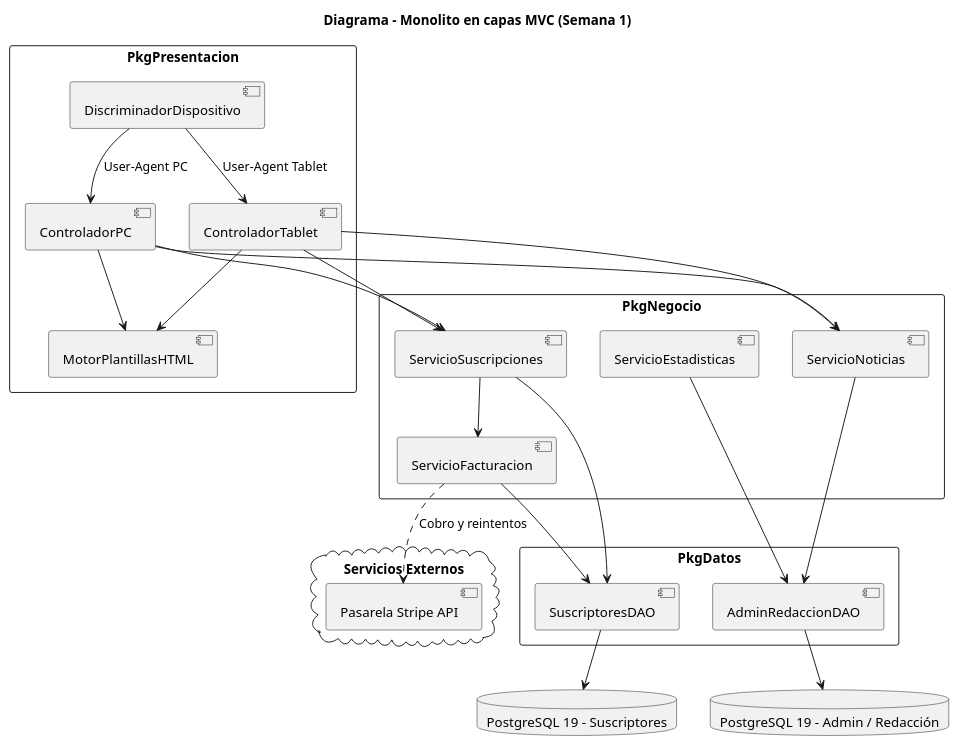
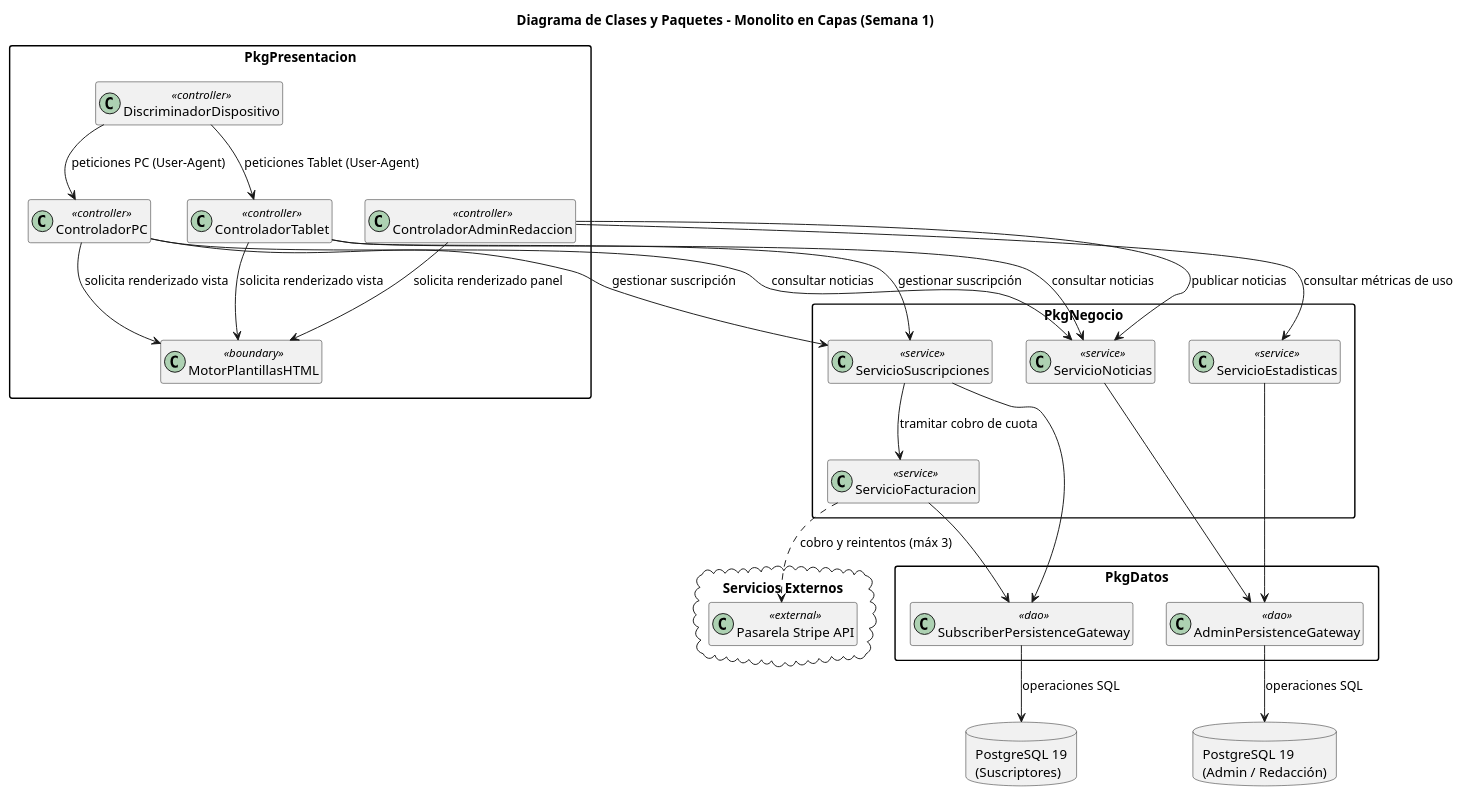
Before and after one commit to EnriqueAldama/DAS-Practica-1: the diagram in Arquitecturas/0001-estilo-arquitectonico-monolito-semana1.puml, drawn with PlantUML.

Commit message:
Actualizado el diagrama de clases de la arquitectura monolítica

```diff
--- a/Arquitecturas/0001-estilo-arquitectonico-monolito-semana1.puml
+++ b/Arquitecturas/0001-estilo-arquitectonico-monolito-semana1.puml
@@ -1,59 +1,73 @@
 @startuml 0001-estilo-arquitectonico-monolito-semana1
 
+allowmixing
+
 skinparam packageStyle rectangle
+skinparam shadowing false
+hide empty members
 
-title Diagrama - Monolito en capas MVC (Semana 1)
+title Diagrama de Clases y Paquetes - Monolito en Capas (Semana 1)
 
 package "PkgPresentacion" {
-    [DiscriminadorDispositivo]
-    [ControladorPC]
-    [ControladorTablet]
-    [MotorPlantillasHTML]
+    class DiscriminadorDispositivo <<controller>>
+    class ControladorPC <<controller>>
+    class ControladorTablet <<controller>>
+    class ControladorAdminRedaccion <<controller>>
+    class MotorPlantillasHTML <<boundary>>
 }
 
 package "PkgNegocio" {
-    [ServicioNoticias]
-    [ServicioSuscripciones]
-    [ServicioFacturacion]
-    [ServicioEstadisticas]
+    class ServicioNoticias <<service>>
+    class ServicioSuscripciones <<service>>
+    class ServicioFacturacion <<service>>
+    class ServicioEstadisticas <<service>>
 }
 
 package "PkgDatos" {
-    [AdminRedaccionDAO]
-    [SuscriptoresDAO]
+    class AdminPersistenceGateway <<dao>>
+    class SubscriberPersistenceGateway <<dao>>
 }
 
-database "PostgreSQL 19 - Admin / Redacción" as DB_Admin
-database "PostgreSQL 19 - Suscriptores" as DB_Subs
+database "PostgreSQL 19\n(Admin / Redacción)" as DB_Admin
+database "PostgreSQL 19\n(Suscriptores)" as DB_Subs
 
 cloud "Servicios Externos" {
-    [Pasarela Stripe API]
+    class "Pasarela Stripe API" as StripeAPI <<external>>
 }
 
-' Presentación
-[DiscriminadorDispositivo] --> [ControladorPC] : User-Agent PC
-[DiscriminadorDispositivo] --> [ControladorTablet] : User-Agent Tablet
-[ControladorPC] --> [MotorPlantillasHTML]
-[ControladorTablet] --> [MotorPlantillasHTML]
+' Flujo en Presentación
+DiscriminadorDispositivo --> ControladorPC : peticiones PC (User-Agent)
+DiscriminadorDispositivo --> ControladorTablet : peticiones Tablet (User-Agent)
+
+ControladorPC --> MotorPlantillasHTML : solicita renderizado vista
+ControladorTablet --> MotorPlantillasHTML : solicita renderizado vista
+ControladorAdminRedaccion --> MotorPlantillasHTML : solicita renderizado panel
 
 ' Presentación -> Negocio
-[ControladorPC] --> [ServicioNoticias]
-[ControladorPC] --> [ServicioSuscripciones]
-[ControladorTablet] --> [ServicioNoticias]
-[ControladorTablet] --> [ServicioSuscripciones]
-[ServicioSuscripciones] --> [ServicioFacturacion]
+ControladorPC --> ServicioNoticias : consultar noticias
+ControladorPC --> ServicioSuscripciones : gestionar suscripción
+
+ControladorTablet --> ServicioNoticias : consultar noticias
+ControladorTablet --> ServicioSuscripciones : gestionar suscripción
+
+ControladorAdminRedaccion --> ServicioNoticias : publicar noticias
+ControladorAdminRedaccion --> ServicioEstadisticas : consultar métricas de uso
+
+' Negocio interno
+ServicioSuscripciones --> ServicioFacturacion : tramitar cobro de cuota
 
 ' Negocio -> Datos
-[ServicioNoticias] --> [AdminRedaccionDAO]
-[ServicioEstadisticas] --> [AdminRedaccionDAO]
-[ServicioSuscripciones] --> [SuscriptoresDAO]
-[ServicioFacturacion] --> [SuscriptoresDAO]
+ServicioNoticias --> AdminPersistenceGateway
+ServicioEstadisticas --> AdminPersistenceGateway
+
+ServicioSuscripciones --> SubscriberPersistenceGateway
+ServicioFacturacion --> SubscriberPersistenceGateway
 
 ' Datos -> Bases de datos
-[AdminRedaccionDAO] --> DB_Admin
-[SuscriptoresDAO] --> DB_Subs
+AdminPersistenceGateway --> DB_Admin : operaciones SQL
+SubscriberPersistenceGateway --> DB_Subs : operaciones SQL
 
-' Sistema externo
-[ServicioFacturacion] ..> [Pasarela Stripe API] : Cobro y reintentos
+' Negocio -> Servicios Externos
+ServicioFacturacion ..> StripeAPI : cobro y reintentos (máx 3)
 
 @enduml
```
